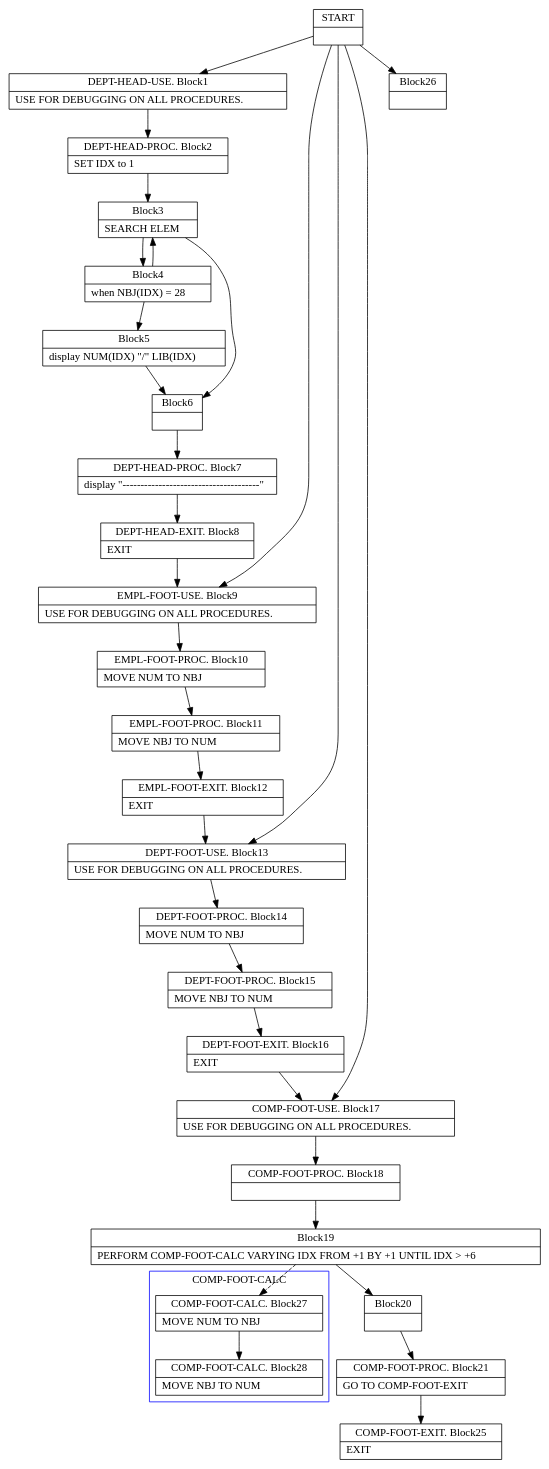
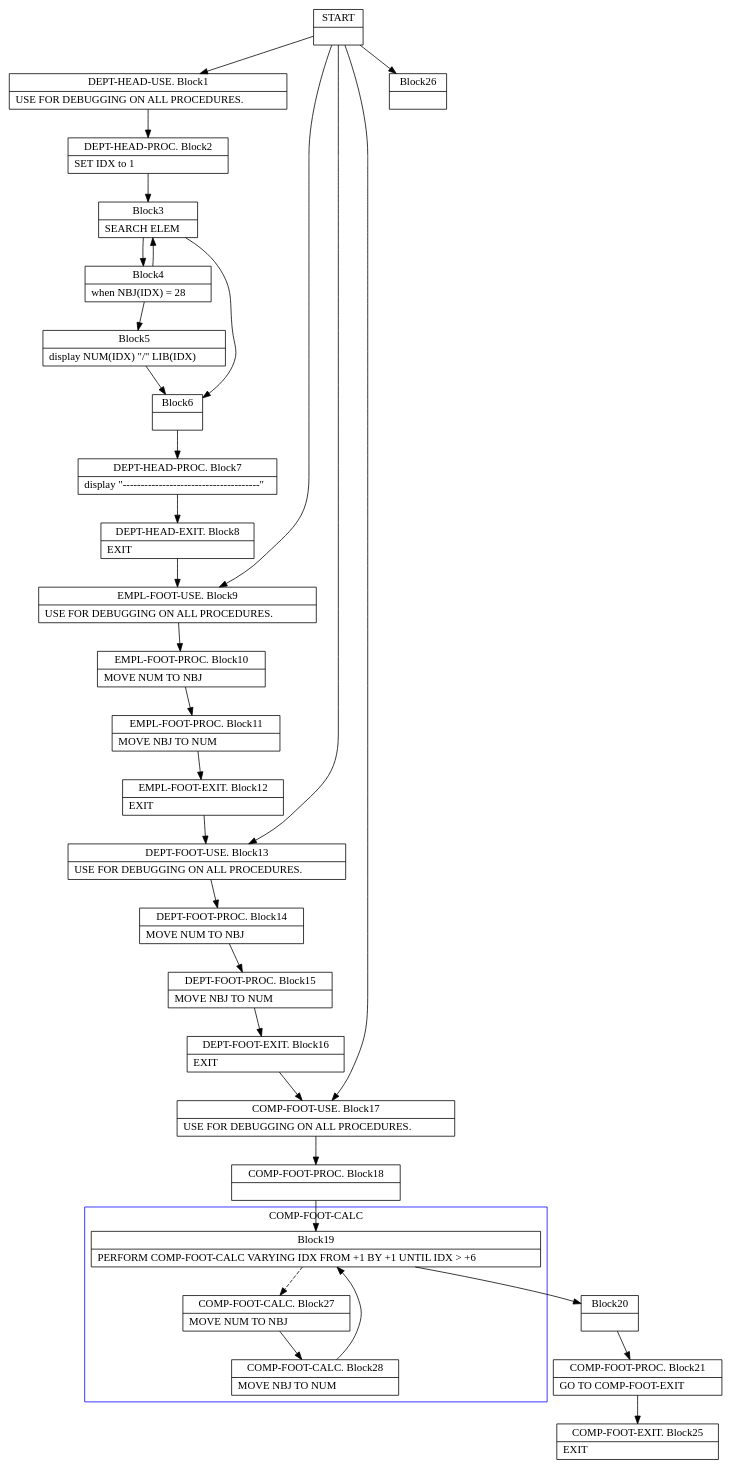
The diagram in TypeCobol.Analysis.Test/DotOutput/Declaratives1.dot (TypeCobolTeam/TypeCobol), drawn with Graphviz before and after one commit. The commit also changed 33 other files, not shown here.

```diff
--- a/TypeCobol.Analysis.Test/DotOutput/Declaratives1.dot
+++ b/TypeCobol.Analysis.Test/DotOutput/Declaratives1.dot
@@ -1,125 +1,126 @@
 digraph Cfg {
 compound=true;
 node [
 shape = "record"
 ]
 
 edge [
 arrowtail = "empty"
 ]
 Block0 [
 label = "{START|}"
 ]
 Block1 [
 label = "{DEPT-HEAD-USE. Block1|    USE FOR DEBUGGING ON ALL PROCEDURES.\l}"
 ]
 Block2 [
 label = "{DEPT-HEAD-PROC. Block2|    SET IDX to 1\l}"
 ]
 Block3 [
 label = "{Block3|    SEARCH ELEM\l}"
 ]
 Block4 [
 label = "{Block4|           when NBJ(IDX) = 28\l}"
 ]
 Block5 [
 label = "{Block5|           display NUM(IDX) \"/\" LIB(IDX)\l}"
 ]
 Block6 [
 label = "{Block6|}"
 ]
 Block7 [
 label = "{DEPT-HEAD-PROC. Block7|    display \"--------------------------------------\"\l}"
 ]
 Block8 [
 label = "{DEPT-HEAD-EXIT. Block8|EXIT\l}"
 ]
 Block9 [
 label = "{EMPL-FOOT-USE. Block9|                       USE FOR DEBUGGING ON ALL PROCEDURES.\l}"
 ]
 Block10 [
 label = "{EMPL-FOOT-PROC. Block10|MOVE NUM TO NBJ\l}"
 ]
 Block11 [
 label = "{EMPL-FOOT-PROC. Block11|MOVE NBJ TO NUM\l}"
 ]
 Block12 [
 label = "{EMPL-FOOT-EXIT. Block12|EXIT\l}"
 ]
 Block13 [
 label = "{DEPT-FOOT-USE. Block13|                       USE FOR DEBUGGING ON ALL PROCEDURES.\l}"
 ]
 Block14 [
 label = "{DEPT-FOOT-PROC. Block14|MOVE NUM TO NBJ\l}"
 ]
 Block15 [
 label = "{DEPT-FOOT-PROC. Block15|MOVE NBJ TO NUM\l}"
 ]
 Block16 [
 label = "{DEPT-FOOT-EXIT. Block16|EXIT\l}"
 ]
 Block17 [
 label = "{COMP-FOOT-USE. Block17|                       USE FOR DEBUGGING ON ALL PROCEDURES.\l}"
 ]
 Block18 [
 label = "{COMP-FOOT-PROC. Block18|}"
 ]
 Block19 [
 label = "{Block19|PERFORM COMP-FOOT-CALC  VARYING IDX FROM +1 BY +1  UNTIL IDX \> +6\l}"
 ]
 subgraph cluster_1{
 color = blue;
 label = "COMP-FOOT-CALC";
 Block27 [
 label = "{COMP-FOOT-CALC. Block27|MOVE NUM TO NBJ\l}"
 ]
 Block28 [
 label = "{COMP-FOOT-CALC. Block28|MOVE NBJ TO NUM\l}"
 ]
 Block27 -> Block28
+Block28 -> Block19
 
 }
 Block19 -> Block27 [style=dashed]
 
 Block20 [
 label = "{Block20|}"
 ]
 Block21 [
 label = "{COMP-FOOT-PROC. Block21|GO TO COMP-FOOT-EXIT\l}"
 ]
 Block25 [
 label = "{COMP-FOOT-EXIT. Block25|EXIT\l}"
 ]
 Block26 [
 label = "{Block26|}"
 ]
 Block0 -> Block1
 Block0 -> Block26
 Block0 -> Block9
 Block0 -> Block13
 Block0 -> Block17
 Block1 -> Block2
 Block2 -> Block3
 Block3 -> Block4
 Block3 -> Block6
 Block4 -> Block5
 Block4 -> Block3
 Block5 -> Block6
 Block6 -> Block7
 Block7 -> Block8
 Block8 -> Block9
 Block9 -> Block10
 Block10 -> Block11
 Block11 -> Block12
 Block12 -> Block13
 Block13 -> Block14
 Block14 -> Block15
 Block15 -> Block16
 Block16 -> Block17
 Block17 -> Block18
 Block18 -> Block19
 Block19 -> Block20
 Block20 -> Block21
 Block21 -> Block25
 
 }
```
